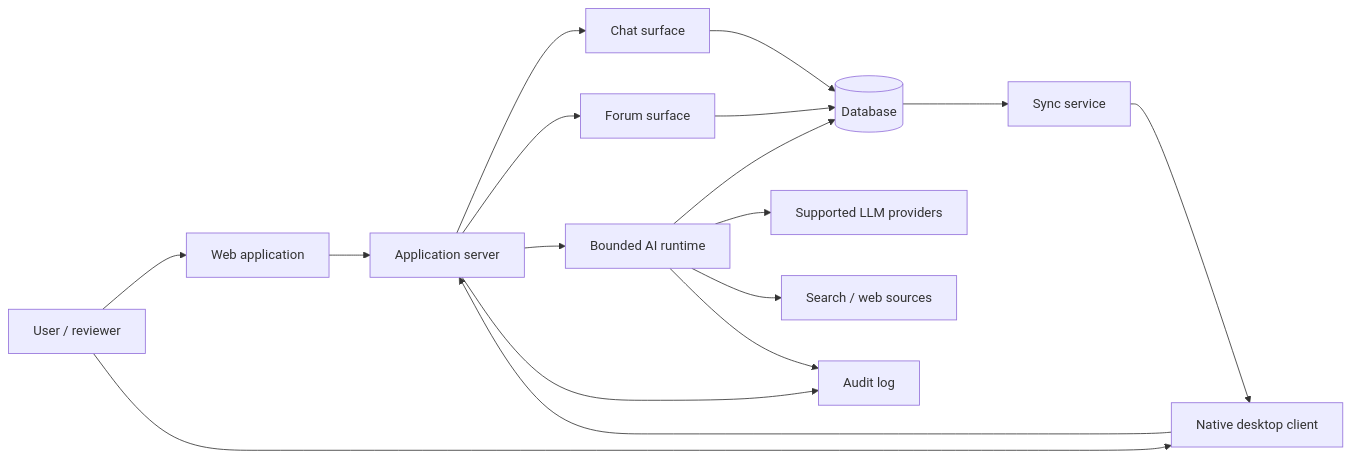
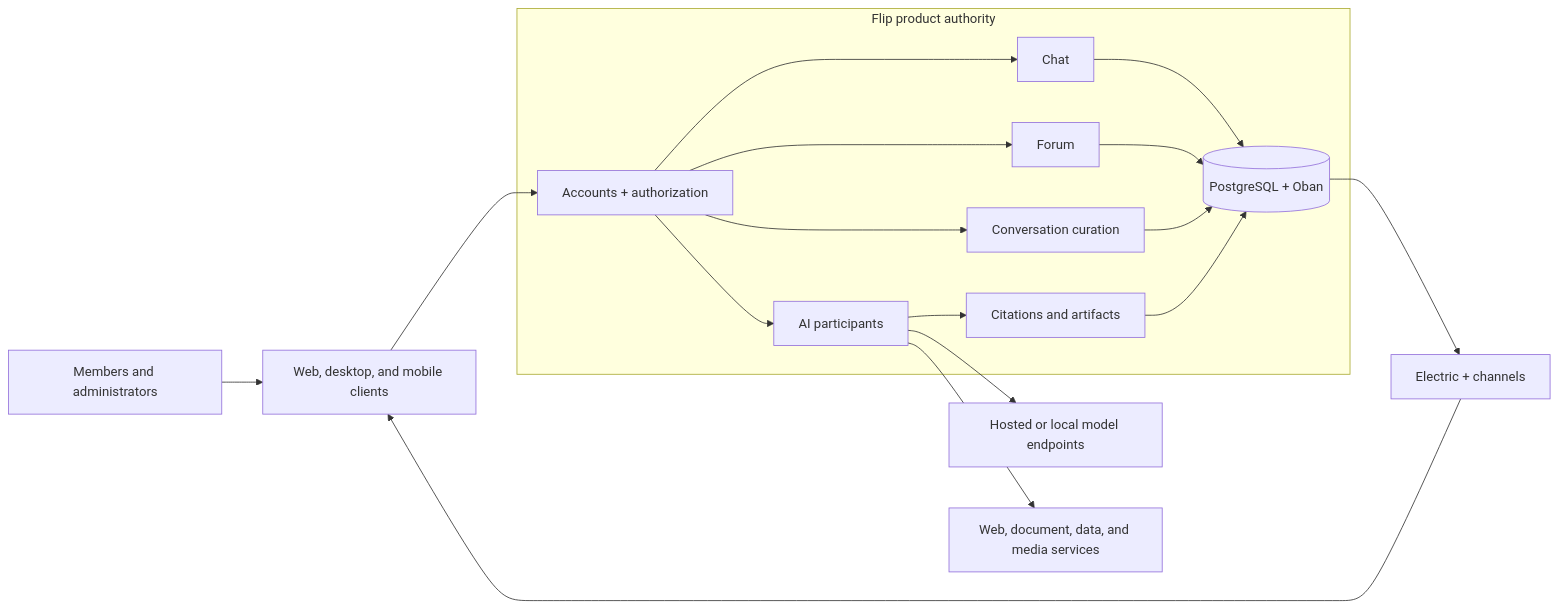
Before and after one commit to wahargis/portfolio: the diagram in flip-technical-overview/diagrams/system-context.mmd, drawn with Mermaid. The commit also changed 55 other files, not shown here.

Commit message:
complete portfolio architecture audit

```diff
--- a/flip-technical-overview/diagrams/system-context.mmd
+++ b/flip-technical-overview/diagrams/system-context.mmd
@@ -1,17 +1,25 @@
 flowchart LR
-    U["User / reviewer"] --> WEB["Web application"]
-    U --> DESKTOP["Native desktop client"]
-    WEB --> APP["Application server"]
-    DESKTOP --> APP
-    APP --> CHAT["Chat surface"]
-    APP --> FORUM["Forum surface"]
-    APP --> AI["Bounded AI runtime"]
-    CHAT --> DB[("Database")]
-    FORUM --> DB
-    AI --> DB
-    DB --> SYNC["Sync service"]
-    SYNC --> DESKTOP
-    AI --> LLM["Supported LLM providers"]
-    AI --> SOURCES["Search / web sources"]
-    APP --> AUDIT["Audit log"]
-    AI --> AUDIT
+    PEOPLE["Members and administrators"] --> CLIENTS["Web, desktop, and mobile clients"]
+    subgraph FLIP_CORE["Flip product authority"]
+      AUTH["Accounts + authorization"]
+      CHAT["Chat"]
+      FORUM["Forum"]
+      CURATION["Conversation curation"]
+      AIP["AI participants"]
+      ART["Citations and artifacts"]
+      DATA[("PostgreSQL + Oban")]
+      AUTH --> CHAT
+      AUTH --> FORUM
+      AUTH --> CURATION
+      AUTH --> AIP
+      CHAT --> DATA
+      FORUM --> DATA
+      CURATION --> DATA
+      AIP --> ART
+      ART --> DATA
+    end
+    CLIENTS --> AUTH
+    AIP --> MODELS["Hosted or local model endpoints"]
+    AIP --> TOOLS["Web, document, data, and media services"]
+    DATA --> SYNC["Electric + channels"]
+    SYNC --> CLIENTS
```
